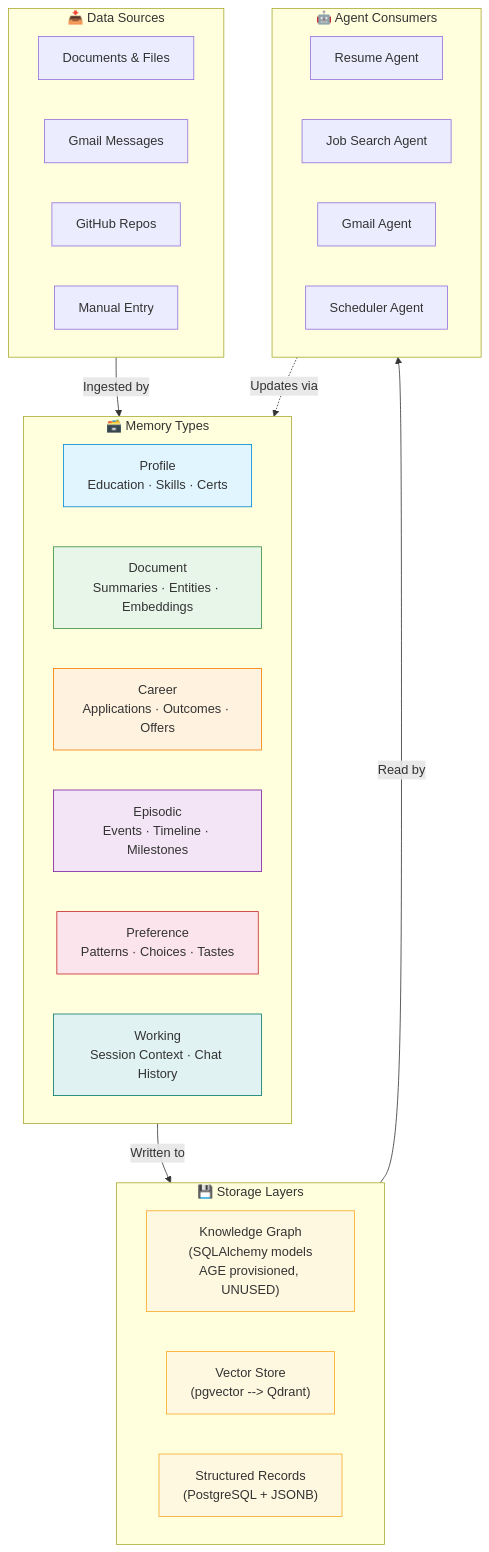
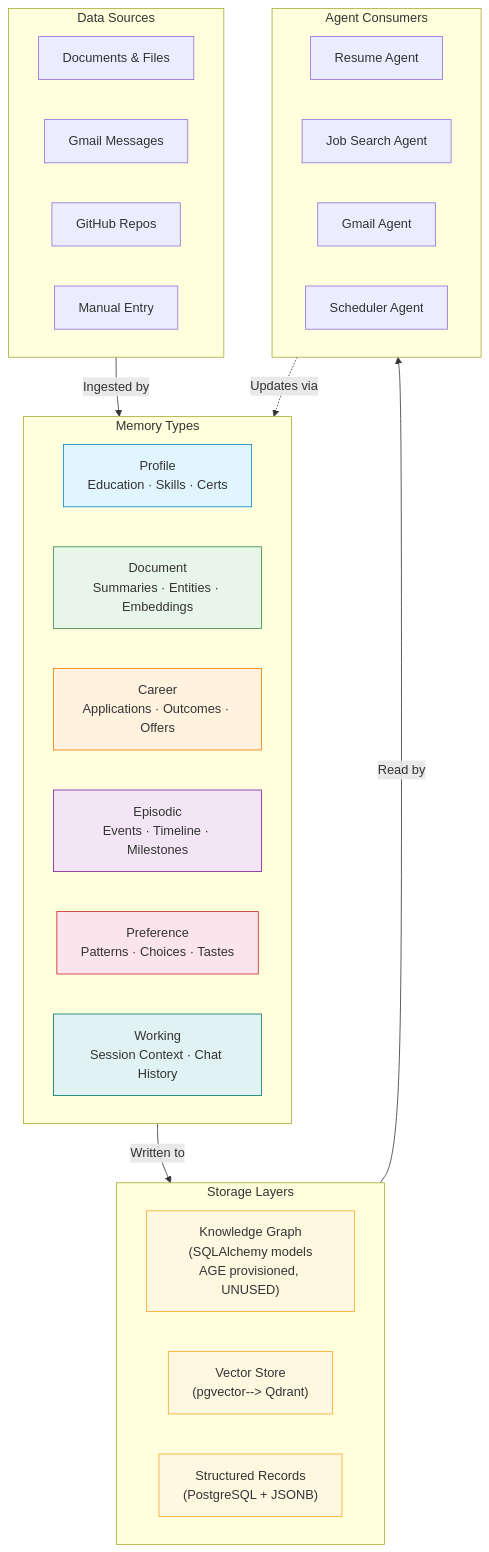
One commit to Driftloom/Vaeloom changed the first of 4 diagrams in docs/ai/Memory.md. Above: the diagram before and after it, drawn with Mermaid. The commit also changed other lines of this file and 694 other files, not shown here.

First line of the commit message:
docs: mermaid standardization — encoding/mermaid/duplicate cleanup

````diff
--- a/docs/ai/Memory.md
+++ b/docs/ai/Memory.md
@@ -16,46 +16,46 @@
 ```mermaid
 graph TB
-    subgraph Sources["📥 Data Sources"]
-        Docs[Documents & Files]
-        Email[Gmail Messages]
-        Code[GitHub Repos]
-        Capture[Manual Entry]
-    end
+ subgraph Sources["Data Sources"]
+ Docs[Documents & Files]
+ Email[Gmail Messages]
+ Code[GitHub Repos]
+ Capture[Manual Entry]
+ end
 
-    subgraph MemoryTypes["🗃️ Memory Types"]
-        Profile["Profile<br/>Education · Skills · Certs"]
-        Document["Document<br/>Summaries · Entities · Embeddings"]
-        Career["Career<br/>Applications · Outcomes · Offers"]
-        Episodic["Episodic<br/>Events · Timeline · Milestones"]
-        Preference["Preference<br/>Patterns · Choices · Tastes"]
-        Working["Working<br/>Session Context · Chat History"]
-    end
+ subgraph MemoryTypes["Memory Types"]
+ Profile["Profile<br/>Education · Skills · Certs"]
+ Document["Document<br/>Summaries · Entities · Embeddings"]
+ Career["Career<br/>Applications · Outcomes · Offers"]
+ Episodic["Episodic<br/>Events · Timeline · Milestones"]
+ Preference["Preference<br/>Patterns · Choices · Tastes"]
+ Working["Working<br/>Session Context · Chat History"]
+ end
 
-    subgraph Storage["💾 Storage Layers"]
-        KG["Knowledge Graph<br/>(SQLAlchemy models<br/>AGE provisioned, UNUSED)"]
-        Vector["Vector Store<br/>(pgvector --> Qdrant)"]
-        SQL["Structured Records<br/>(PostgreSQL + JSONB)"]
-    end
+ subgraph Storage["Storage Layers"]
+ KG["Knowledge Graph<br/>(SQLAlchemy models<br/>AGE provisioned, UNUSED)"]
+ Vector["Vector Store<br/>(pgvector--> Qdrant)"]
+ SQL["Structured Records<br/>(PostgreSQL + JSONB)"]
+ end
 
-    subgraph Agents["🤖 Agent Consumers"]
-        Resume[Resume Agent]
-        Job[Job Search Agent]
-        Gmail[Gmail Agent]
-        Scheduler[Scheduler Agent]
-    end
+ subgraph Agents["Agent Consumers"]
+ Resume[Resume Agent]
+ Job[Job Search Agent]
+ Gmail[Gmail Agent]
+ Scheduler[Scheduler Agent]
+ end
 
-    Sources -->|Ingested by| MemoryTypes
-    MemoryTypes -->|Written to| Storage
-    Storage -->|Read by| Agents
-    Agents -.->|Updates via| MemoryTypes
+ Sources-->|Ingested by| MemoryTypes
+ MemoryTypes-->|Written to| Storage
+ Storage-->|Read by| Agents
+ Agents -.->|Updates via| MemoryTypes
 
-    style Profile fill:#e1f5fe,stroke:#0288d1
-    style Document fill:#e8f5e9,stroke:#388e3c
-    style Career fill:#fff3e0,stroke:#f57c00
-    style Episodic fill:#f3e5f5,stroke:#7b1fa2
-    style Preference fill:#fce4ec,stroke:#c62828
-    style Working fill:#e0f2f1,stroke:#00796b
-    style KG fill:#fff8e1,stroke:#f9a825
-    style Vector fill:#fff8e1,stroke:#f9a825
-    style SQL fill:#fff8e1,stroke:#f9a825
+ style Profile fill:#e1f5fe,stroke:#0288d1
+ style Document fill:#e8f5e9,stroke:#388e3c
+ style Career fill:#fff3e0,stroke:#f57c00
+ style Episodic fill:#f3e5f5,stroke:#7b1fa2
+ style Preference fill:#fce4ec,stroke:#c62828
+ style Working fill:#e0f2f1,stroke:#00796b
+ style KG fill:#fff8e1,stroke:#f9a825
+ style Vector fill:#fff8e1,stroke:#f9a825
+ style SQL fill:#fff8e1,stroke:#f9a825
 ```
````
